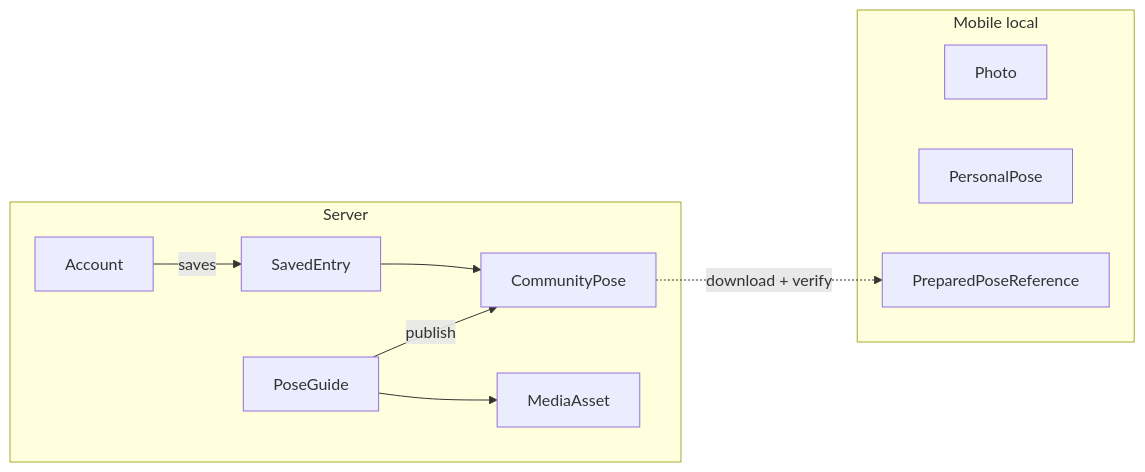
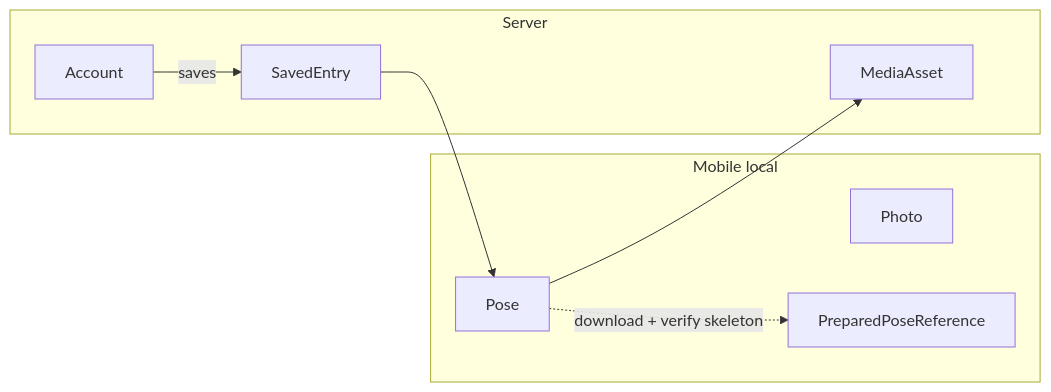
One commit to pnphongk23/posing-monorepo changed the second of 2 diagrams in docs/spec/data/erd/conceptual.md. Above: the diagram before and after it, drawn with Mermaid. The commit also changed other lines of this file and 98 other files, not shown here.

````diff
--- a/docs/spec/data/erd/conceptual.md
+++ b/docs/spec/data/erd/conceptual.md
@@ -32,20 +33,18 @@
 ```mermaid
 flowchart LR
   subgraph mobile [Mobile local]
     Photo
-    PersonalPose
+    Pose
     PreparedPoseReference
   end
   subgraph server [Server]
-    PoseGuide
-    CommunityPose
+    Pose
     MediaAsset
     Account
     SavedEntry
   end
-  CommunityPose -.->|download + verify| PreparedPoseReference
+  Pose -.->|download + verify skeleton| PreparedPoseReference
   Account -->|saves| SavedEntry
-  SavedEntry --> CommunityPose
-  PoseGuide -->|publish| CommunityPose
-  PoseGuide --> MediaAsset
+  SavedEntry --> Pose
+  Pose --> MediaAsset
 ```
````
